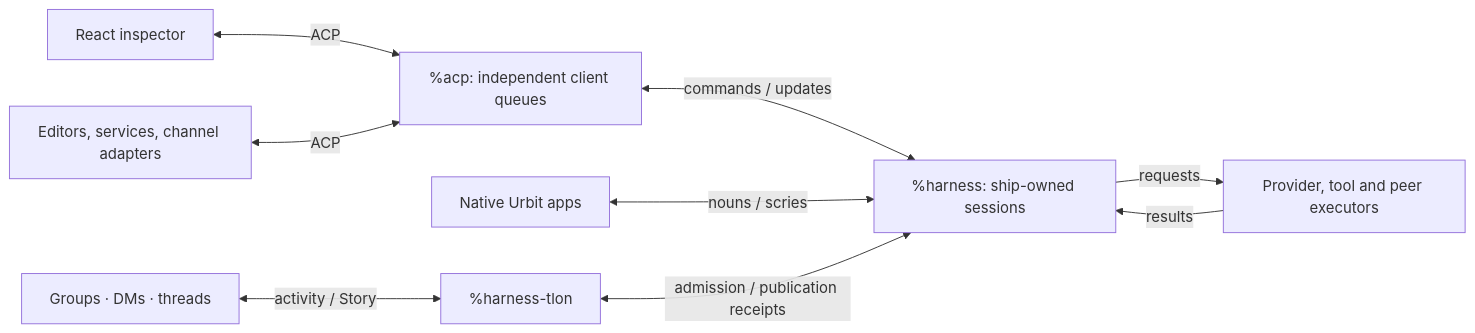
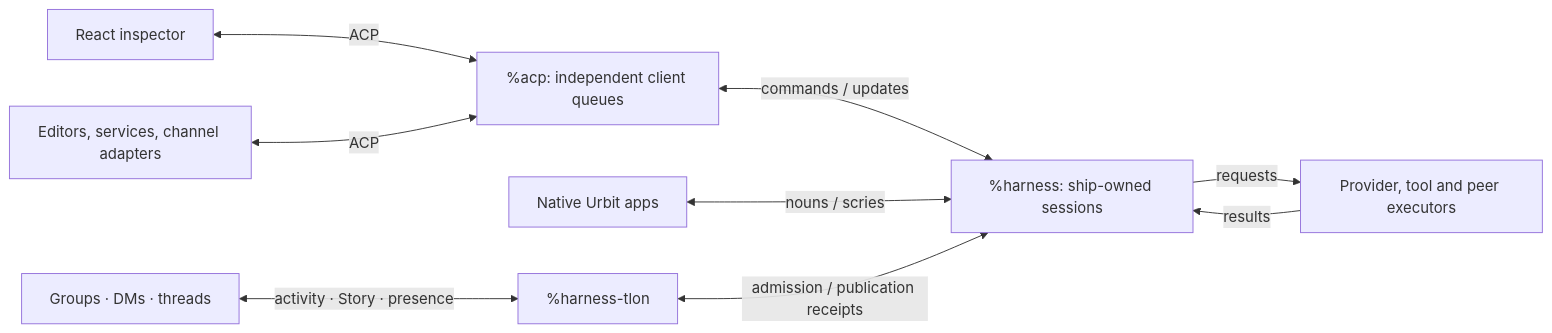
One commit to mopfel-winrux/urbit-agent-harness changed the first of 2 diagrams in README.md. Above: the diagram before and after it, drawn with Mermaid. The commit also changed other lines of this file and 25 other files, not shown here.

Commit message:
add presence; fix with latest groups

````diff
--- a/README.md
+++ b/README.md
@@ -16,11 +16,11 @@
 ```mermaid
 flowchart LR
   UI["React inspector"] <-->|ACP| ACP["%acp: independent client queues"]
   Clients["Editors, services, channel adapters"] <-->|ACP| ACP
   ACP <-->|"commands / updates"| Head["%harness: ship-owned sessions"]
   Native["Native Urbit apps"] <-->|"nouns / scries"| Head
-  Tlon["Groups · DMs · threads"] <-->|"activity / Story"| Hand["%harness-tlon"]
+  Tlon["Groups · DMs · threads"] <-->|"activity · Story · presence"| Hand["%harness-tlon"]
   Hand <-->|"admission / publication receipts"| Head
   Head -->|requests| Effects["Provider, tool and peer executors"]
   Effects -->|results| Head
 ```
````
